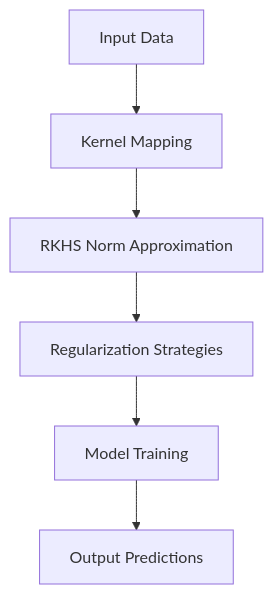
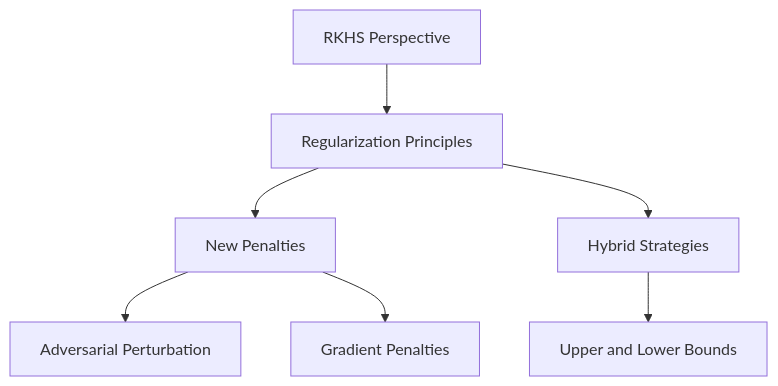
The diagram in data/papers/1810.00363/features/crib-sheet/1810.00363.md (dmarx/papers-feed), drawn with Mermaid before and after one commit. The commit also changed other lines of this file and 9 other files, not shown here.

````diff
--- a/data/papers/1810.00363/features/crib-sheet/1810.00363.md
+++ b/data/papers/1810.00363/features/crib-sheet/1810.00363.md
@@ -45,8 +47,9 @@
 ```mermaid
 flowchart TD
-    A[Input Data] --> B[Kernel Mapping]
-    B --> C[RKHS Norm Approximation]
-    C --> D[Regularization Strategies]
-    D --> E[Model Training]
-    E --> F[Output Predictions]
+    A[RKHS Perspective] --> B[Regularization Principles]
+    B --> C[New Penalties]
+    B --> D[Hybrid Strategies]
+    C --> E[Adversarial Perturbation]
+    C --> F[Gradient Penalties]
+    D --> G[Upper and Lower Bounds]
 ```
````
